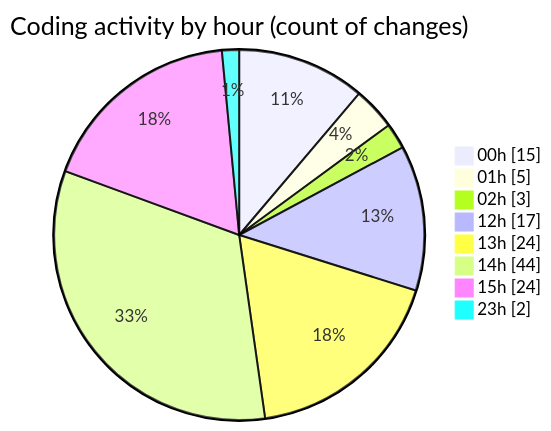
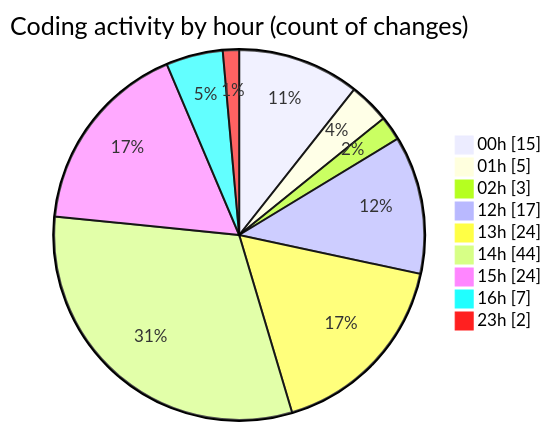
The second of 2 diagrams in 2025-08-13/rentotp/README.md (lephambinh05/code-tracking), drawn with Mermaid before and after one commit. The commit also changed other lines of this file and 1 other file, not shown here.

````diff
--- a/2025-08-13/rentotp/README.md
+++ b/2025-08-13/rentotp/README.md
@@ -52,12 +53,13 @@
 ```mermaid
 pie showData
 title Coding activity by hour (count of changes)
 "00h" : 15
 "01h" : 5
 "02h" : 3
 "12h" : 17
 "13h" : 24
 "14h" : 44
 "15h" : 24
+"16h" : 7
 "23h" : 2
 ```
````
